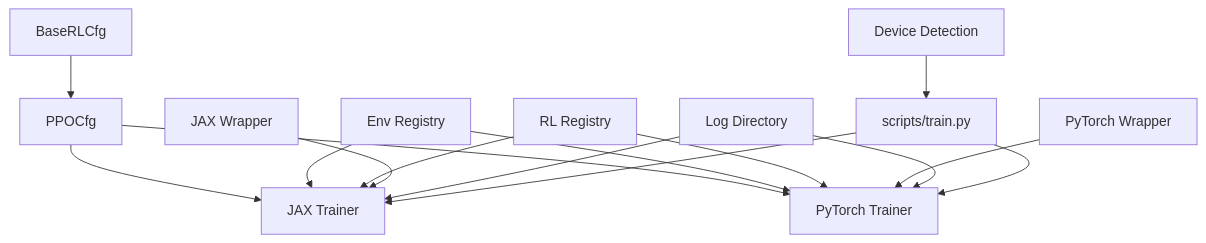
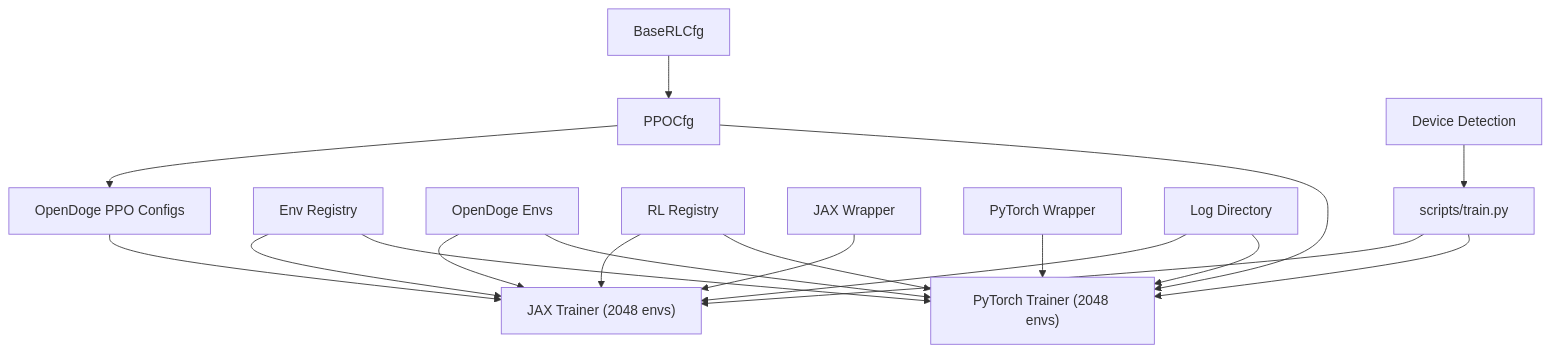
One commit to jayjayhust/MotrixLab changed the tenth of 10 diagrams in .qoder/repowiki/en/content/Training Framework Integration/Training Framework Integration.md. Above: the diagram before and after it, drawn with Mermaid. The commit also changed other lines of this file and 8 other files, not shown here.

````diff
--- a/.qoder/repowiki/en/content/Training Framework Integration/Training Framework Integration.md
+++ b/.qoder/repowiki/en/content/Training Framework Integration/Training Framework Integration.md
@@ -411,17 +433,20 @@
 ```mermaid
 graph TB
 Base["BaseRLCfg"] --> PPO["PPOCfg"]
-PPO --> JaxTrainer["JAX Trainer"]
-PPO --> TorchTrainer["PyTorch Trainer"]
+PPO --> OpenDoge["OpenDoge PPO Configs"]
+OpenDoge --> JaxTrainer["JAX Trainer (2048 envs)"]
+PPO --> TorchTrainer["PyTorch Trainer (2048 envs)"]
 EnvReg["Env Registry"] --> JaxTrainer
 EnvReg --> TorchTrainer
+OpenDogeEnv["OpenDoge Envs"] --> JaxTrainer
+OpenDogeEnv --> TorchTrainer
 Registry["RL Registry"] --> JaxTrainer
 Registry --> TorchTrainer
 JaxWrap["JAX Wrapper"] --> JaxTrainer
 TorchWrap["PyTorch Wrapper"] --> TorchTrainer
 LogDir["Log Directory"] --> JaxTrainer
 LogDir --> TorchTrainer
 Utils["Device Detection"] --> TrainScript["scripts/train.py"]
 TrainScript --> JaxTrainer
 TrainScript --> TorchTrainer
 ```
````
